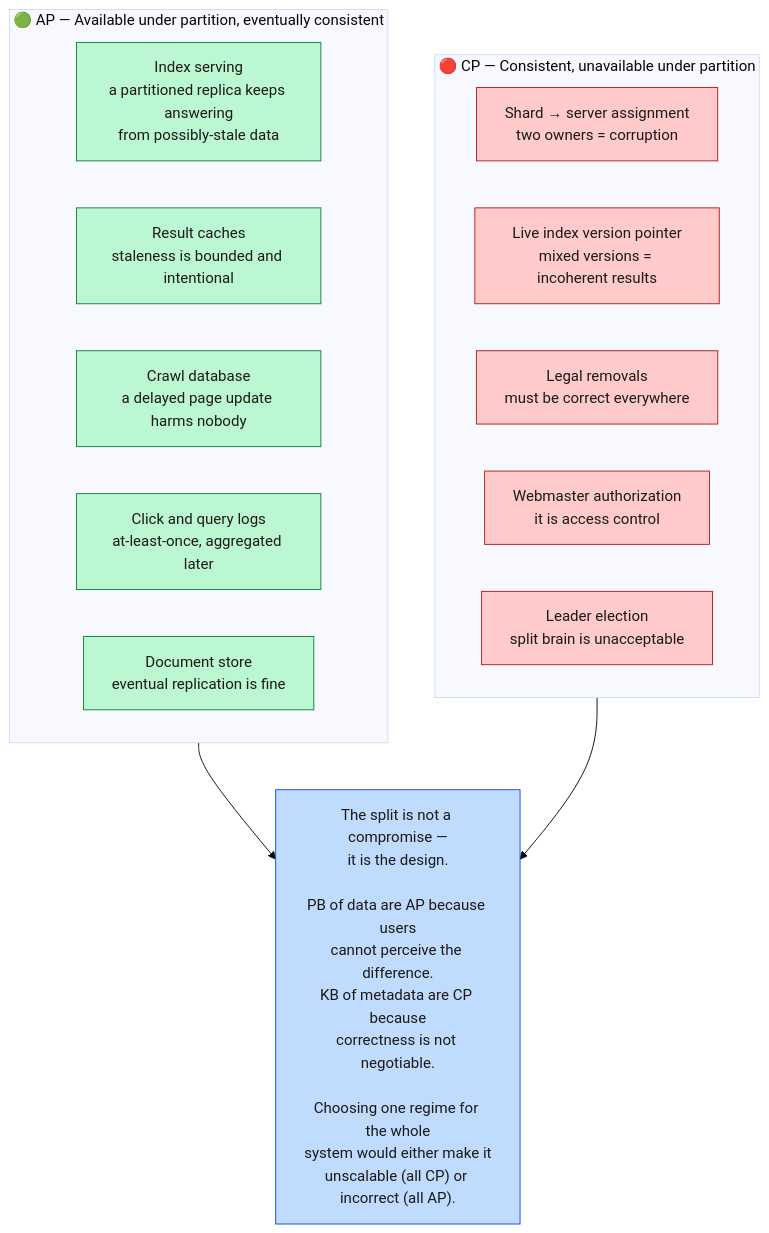
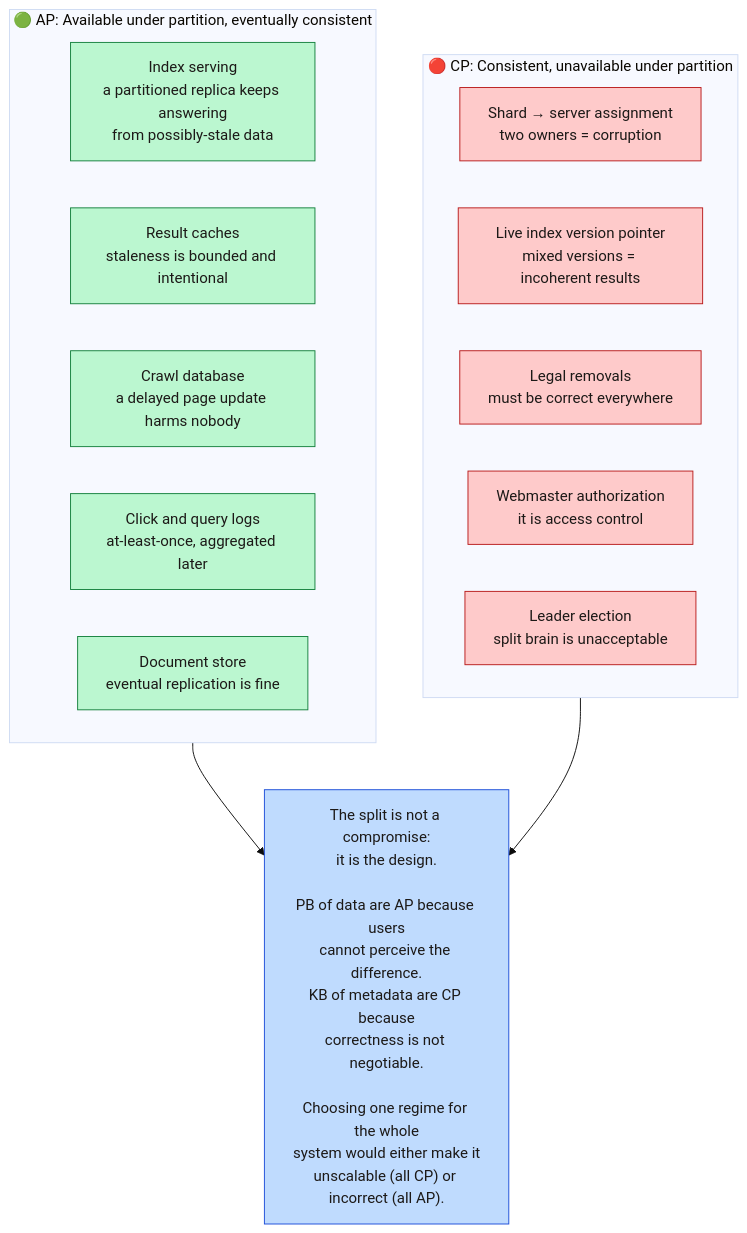
Before and after one commit to ahmedselimmansor-ctrl/google-search-system-design: the diagram in diagrams/D-72-cap-positioning-by-subsystem.mmd, drawn with Mermaid (base theme). The commit also changed 89 other files, not shown here.

```diff
--- a/diagrams/D-72-cap-positioning-by-subsystem.mmd
+++ b/diagrams/D-72-cap-positioning-by-subsystem.mmd
@@ -1,28 +1,28 @@
 flowchart TB
-    subgraph AP["🟢 AP — Available under partition, eventually consistent"]
+    subgraph AP["🟢 AP: Available under partition, eventually consistent"]
         AP1["Index serving<br/>a partitioned replica keeps answering<br/>from possibly-stale data"]
         AP2["Result caches<br/>staleness is bounded and intentional"]
         AP3["Crawl database<br/>a delayed page update harms nobody"]
         AP4["Click and query logs<br/>at-least-once, aggregated later"]
         AP5["Document store<br/>eventual replication is fine"]
     end
 
-    subgraph CP["🔴 CP — Consistent, unavailable under partition"]
+    subgraph CP["🔴 CP: Consistent, unavailable under partition"]
         CP1["Shard → server assignment<br/>two owners = corruption"]
         CP2["Live index version pointer<br/>mixed versions = incoherent results"]
         CP3["Legal removals<br/>must be correct everywhere"]
         CP4["Webmaster authorization<br/>it is access control"]
         CP5["Leader election<br/>split brain is unacceptable"]
     end
 
-    NOTE["The split is not a compromise —<br/>it is the design.<br/><br/>PB of data are AP because users<br/>cannot perceive the difference.<br/>KB of metadata are CP because<br/>correctness is not negotiable.<br/><br/>Choosing one regime for the whole<br/>system would either make it<br/>unscalable (all CP) or incorrect (all AP)."]
+    NOTE["The split is not a compromise:<br/>it is the design.<br/><br/>PB of data are AP because users<br/>cannot perceive the difference.<br/>KB of metadata are CP because<br/>correctness is not negotiable.<br/><br/>Choosing one regime for the whole<br/>system would either make it<br/>unscalable (all CP) or incorrect (all AP)."]
 
     AP --> NOTE
     CP --> NOTE
 
     classDef ap fill:#bbf7d0,stroke:#15803d,color:#1c1917
     classDef cp fill:#fecaca,stroke:#b91c1c,color:#1c1917
     classDef note fill:#bfdbfe,stroke:#1d4ed8,color:#1c1917
     class AP1,AP2,AP3,AP4,AP5 ap
     class CP1,CP2,CP3,CP4,CP5 cp
     class NOTE note
```
